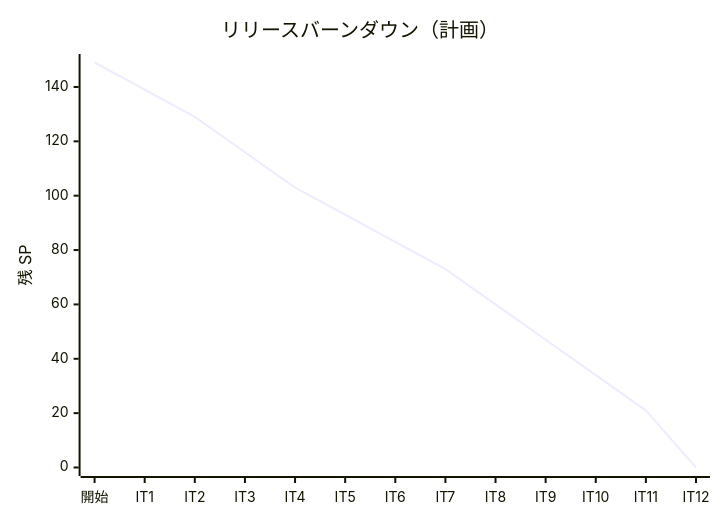
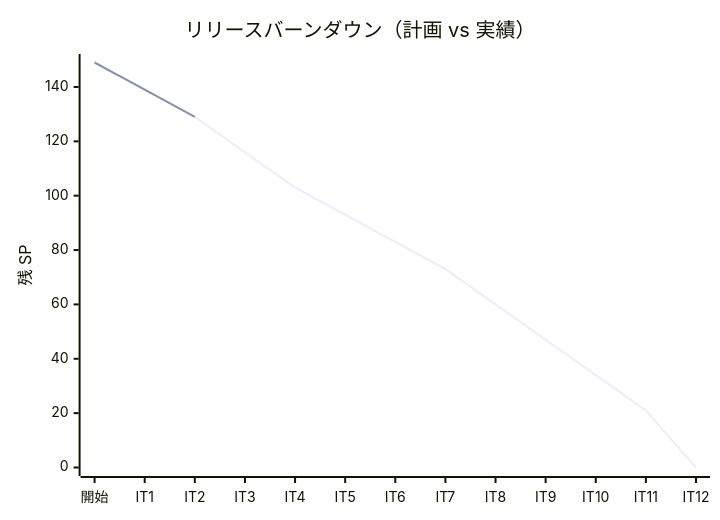
One commit to k2works/getting-started-tdd changed the second of 2 diagrams in docs/development/release_plan.md. Above: the diagram before and after it, drawn with Mermaid. The commit also changed other lines of this file and 6 other files, not shown here.

````diff
--- a/docs/development/release_plan.md
+++ b/docs/development/release_plan.md
@@ -350,7 +350,8 @@
 ```mermaid
 xychart-beta
-    title "リリースバーンダウン（計画）"
+    title "リリースバーンダウン（計画 vs 実績）"
     x-axis ["開始", "IT1", "IT2", "IT3", "IT4", "IT5", "IT6", "IT7", "IT8", "IT9", "IT10", "IT11", "IT12"]
     y-axis "残 SP" 0 --> 149
     line "計画" [149, 139, 129, 116, 103, 93, 83, 73, 60, 47, 34, 21, 0]
+    line "実績" [149, 139, 129]
 ```
````
